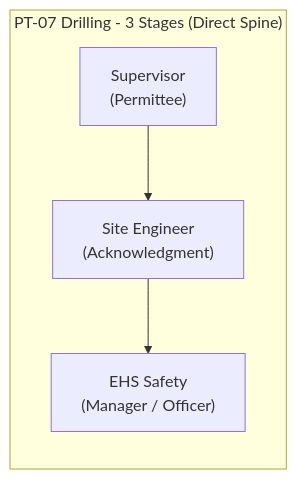
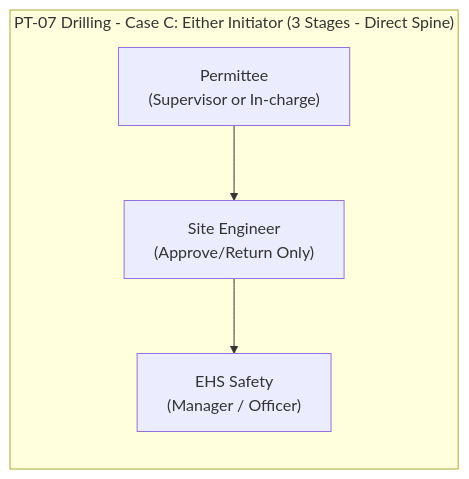
Before and after one commit to AuroGroupAutomationBot/ARPL-EHS-Demo: the ninth of 30 diagrams in README.md, drawn with Mermaid. The commit also changed other lines of this file and 3 other files, not shown here.

````diff
--- a/README.md
+++ b/README.md
@@ -364,7 +375,7 @@
 ```mermaid
 graph LR
-    subgraph "PT-07 Drilling - 3 Stages (Direct Spine)"
-        D1["Supervisor<br/>(Permittee)"] --> D2["Site Engineer<br/>(Acknowledgment)"]
+    subgraph "PT-07 Drilling - Case C: Either Initiator (3 Stages - Direct Spine)"
+        D1["Permittee<br/>(Supervisor or In-charge)"] --> D2["Site Engineer<br/>(Approve/Return Only)"]
         D2 --> D3["EHS Safety<br/>(Manager / Officer)"]
     end
 ```
````
